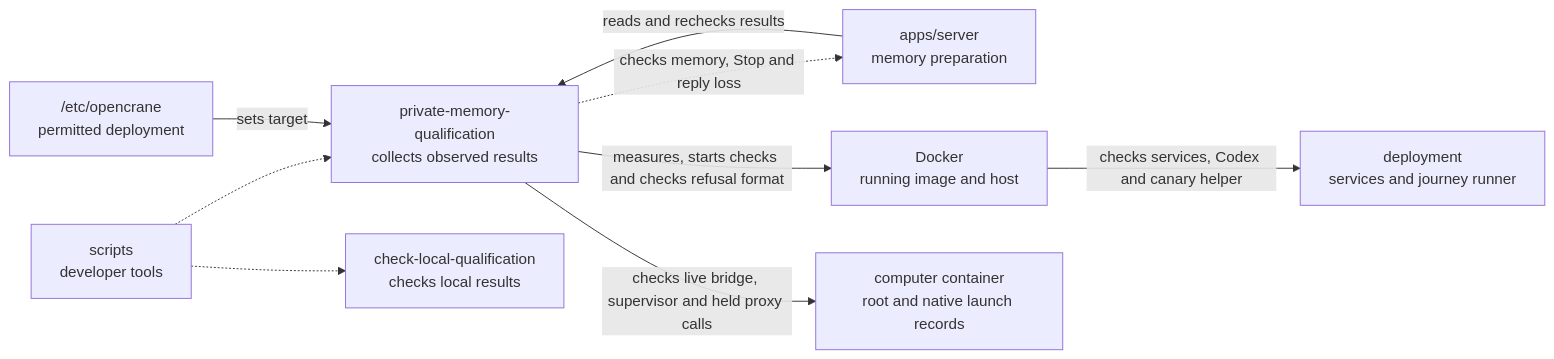
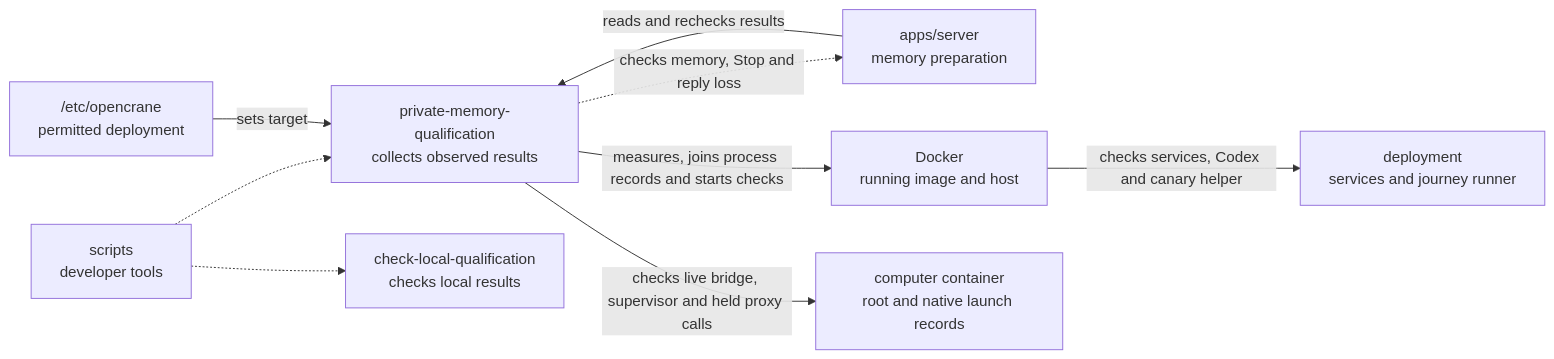
One commit to elewa-git/opencrane-new changed the diagram in scripts/private-memory-qualification/README.md. Above: the diagram before and after it, drawn with Mermaid. The commit also changed other lines of this file and 6 other files, not shown here.

Commit message:
🛡️ Gate memory checks on a joined process inventory

````diff
--- a/scripts/private-memory-qualification/README.md
+++ b/scripts/private-memory-qualification/README.md
@@ -19,11 +19,11 @@
 ```mermaid
 flowchart LR
   scripts["scripts<br/>developer tools"] -.-> collector["private-memory-qualification<br/>collects observed results"]
   scripts -.-> sibling["check-local-qualification<br/>checks local results"]
   server["apps/server<br/>memory preparation"] -->|reads and rechecks results| collector
   collector -.->|checks memory, Stop and reply loss| server
   config["/etc/opencrane<br/>permitted deployment"] -->|sets target| collector
-  collector -->|measures, starts checks and checks refusal format| docker["Docker<br/>running image and host"]
+  collector -->|measures, joins process records and starts checks| docker["Docker<br/>running image and host"]
   docker -->|checks services, Codex and canary helper| deployment["deployment<br/>services and journey runner"]
   collector -->|checks live bridge, supervisor and held proxy calls| computer["computer container<br/>root and native launch records"]
 ```
````
